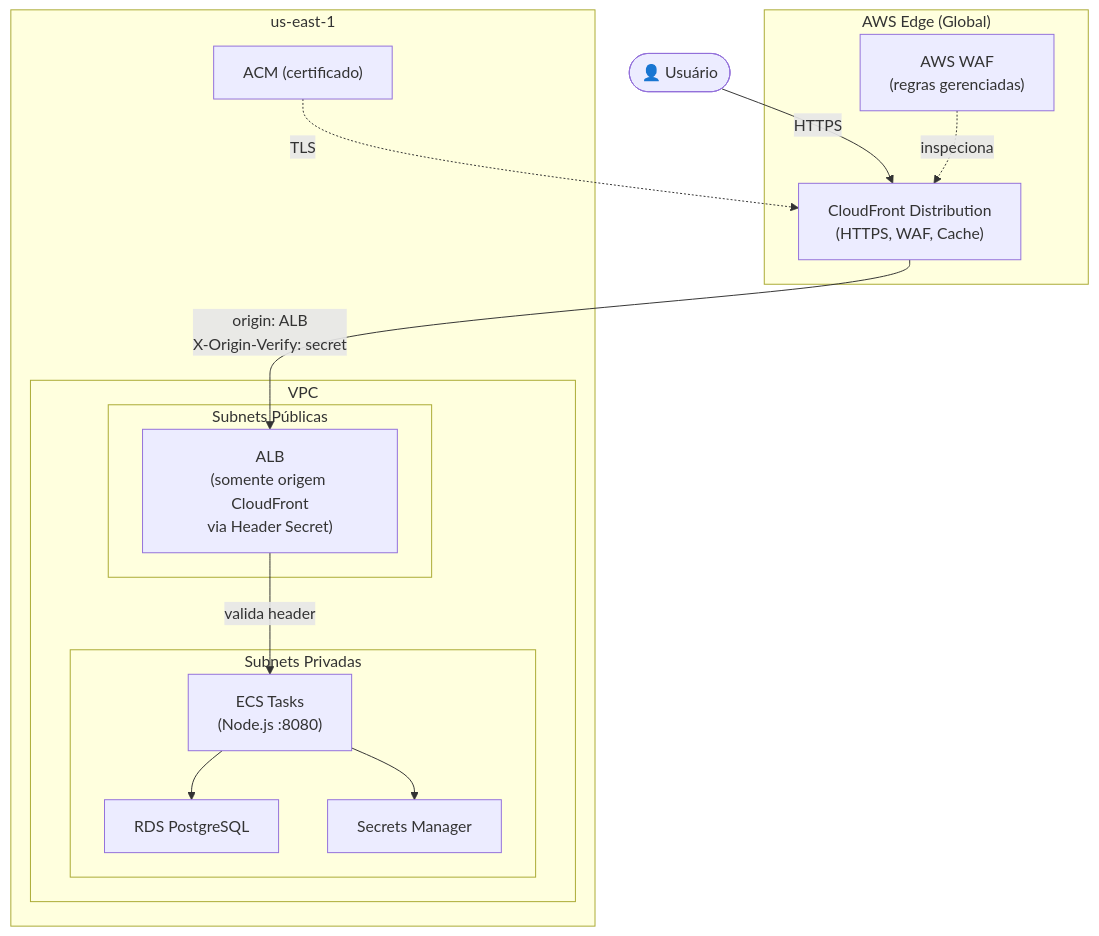
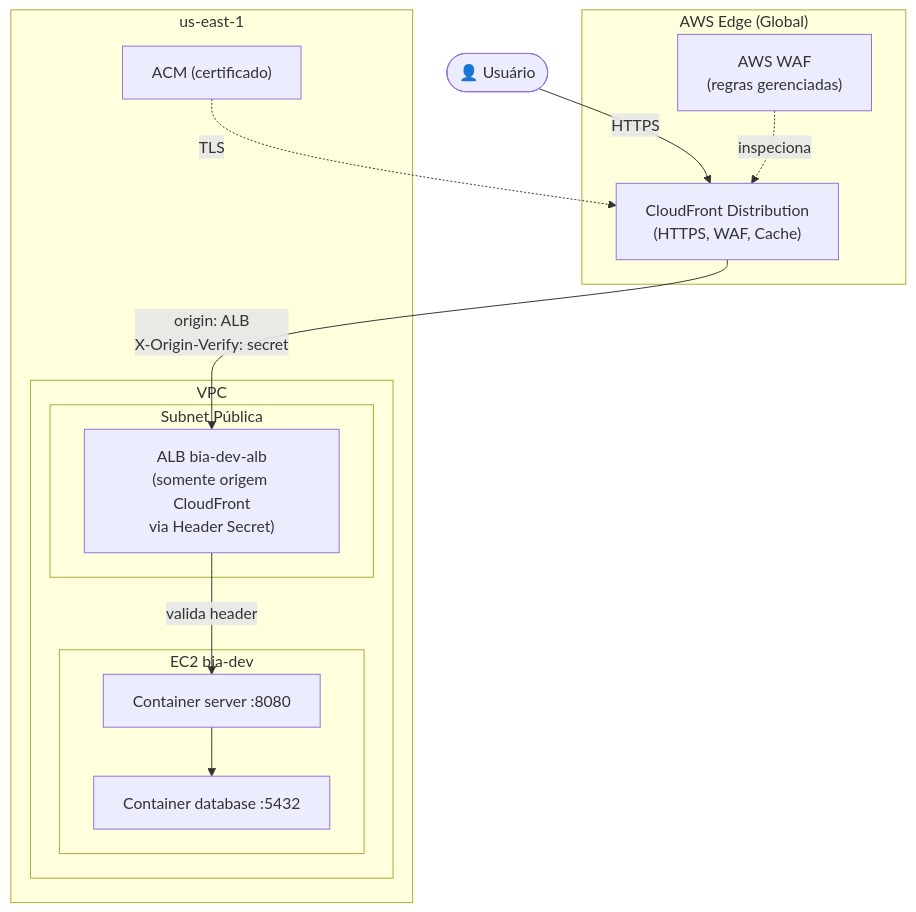
Before and after one commit to poccodedf/bia: the fifth of 5 diagrams in docs/arquitetura-servico.md, drawn with Mermaid. The commit also changed other lines of this file and 12 other files, not shown here.

Commit message:
feat: update environment configuration and deployment scripts for bia-dev

````diff
--- a/docs/arquitetura-servico.md
+++ b/docs/arquitetura-servico.md
@@ -163,33 +199,31 @@
 ```mermaid
 flowchart TD
     User(["👤 Usuário"])
 
     subgraph Edge["AWS Edge (Global)"]
         CF["CloudFront Distribution\n(HTTPS, WAF, Cache)"]
         WAF["AWS WAF\n(regras gerenciadas)"]
     end
 
     subgraph Region["us-east-1"]
         ACM["ACM (certificado)"]
 
         subgraph VPC["VPC"]
-            subgraph Public["Subnets Públicas"]
-                ALB["ALB\n(somente origem CloudFront\nvia Header Secret)"]
+            subgraph Public["Subnet Pública"]
+                ALB["ALB bia-dev-alb\n(somente origem CloudFront\nvia Header Secret)"]
             end
 
-            subgraph Private["Subnets Privadas"]
-                ECS["ECS Tasks\n(Node.js :8080)"]
-                RDS["RDS PostgreSQL"]
-                SM["Secrets Manager"]
+            subgraph EC2Host["EC2 bia-dev"]
+                App["Container server :8080"]
+                DB["Container database :5432"]
             end
         end
     end
 
     User -->|HTTPS| CF
     WAF -.->|inspeciona| CF
     ACM -.->|TLS| CF
     CF -->|origin: ALB\nX-Origin-Verify: secret| ALB
-    ALB -->|valida header| ECS
-    ECS --> RDS
-    ECS --> SM
+    ALB -->|valida header| App
+    App --> DB
 ```
````
